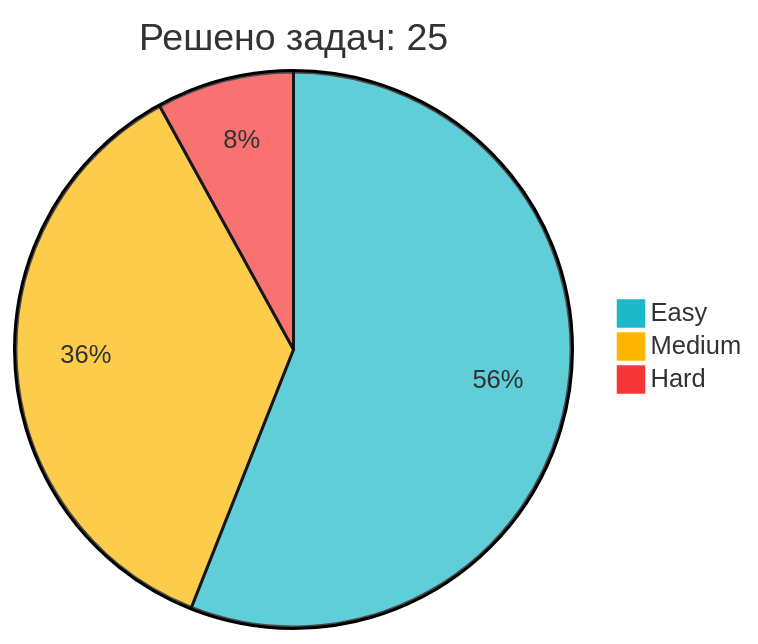
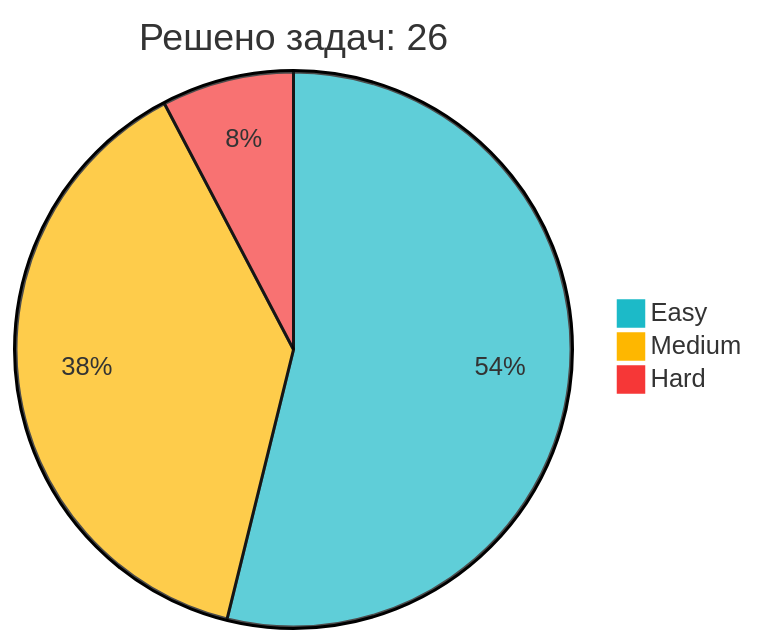
One commit to IliaKurdukov/IliaKurdukov changed the diagram in README.md. Above: the diagram before and after it, drawn with Mermaid. The commit also changed other lines of this file, not shown here.

Commit message:
📈 Обновление статистики LeetCode

````diff
--- a/README.md
+++ b/README.md
@@ -51,7 +51,7 @@
 ```mermaid
 %%{init: {'theme': 'base', 'themeVariables': { 'pie1': '#1CBAC8', 'pie2': '#FEB700', 'pie3': '#F63737' }, 'config': {'width': 300, 'height': 200}}}%%
-pie title Решено задач: 25
+pie title Решено задач: 26
    "Easy" : 14
-   "Medium" : 9
+   "Medium" : 10
    "Hard" : 2
 ```
````
